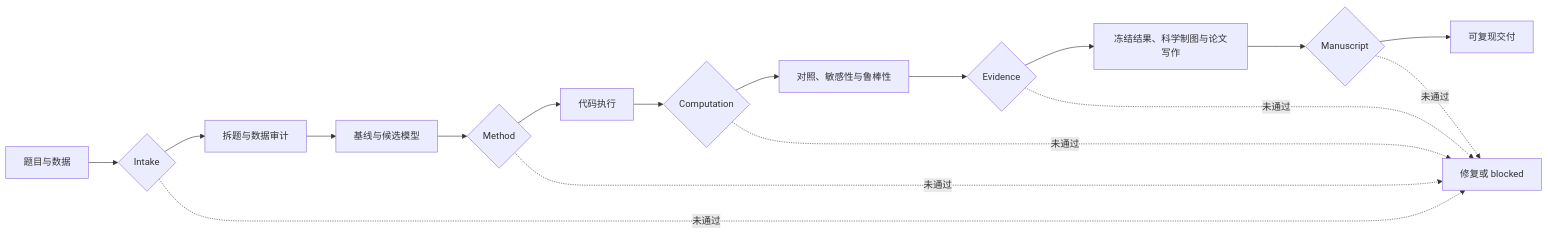
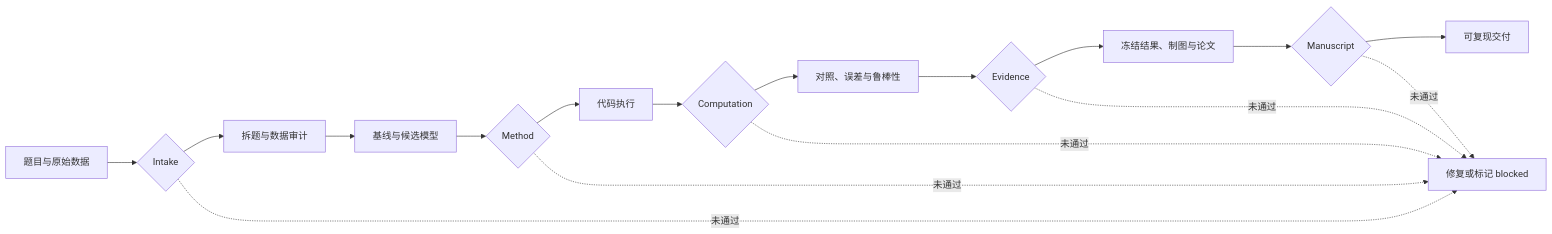
Before and after one commit to YANG985-CMD/Math-Modeling-Solver: the diagram in README.md, drawn with Mermaid. The commit also changed other lines of this file and 13 other files, not shown here.

````diff
--- a/README.md
+++ b/README.md
@@ -20,19 +40,19 @@
 ```mermaid
 flowchart LR
-    A[题目与数据] --> G1{Intake}
+    A[题目与原始数据] --> G1{Intake}
     G1 --> B[拆题与数据审计]
     B --> C[基线与候选模型]
     C --> G2{Method}
     G2 --> D[代码执行]
     D --> G3{Computation}
-    G3 --> E[对照、敏感性与鲁棒性]
+    G3 --> E[对照、误差与鲁棒性]
     E --> G4{Evidence}
-    G4 --> F[冻结结果、科学制图与论文写作]
+    G4 --> F[冻结结果、制图与论文]
     F --> G5{Manuscript}
     G5 --> H[可复现交付]
-    G1 -.未通过.-> X[修复或 blocked]
+    G1 -.未通过.-> X[修复或标记 blocked]
     G2 -.未通过.-> X
     G3 -.未通过.-> X
     G4 -.未通过.-> X
     G5 -.未通过.-> X
 ```
````
